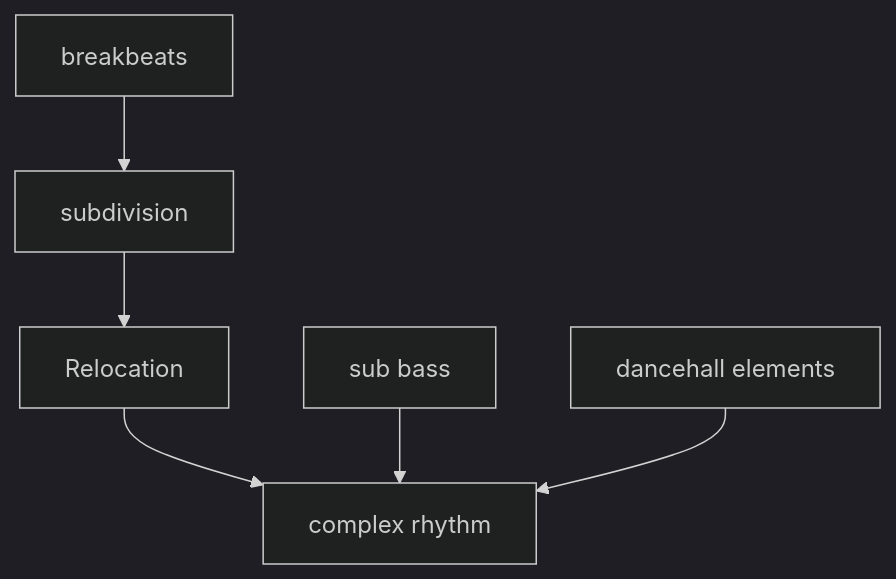
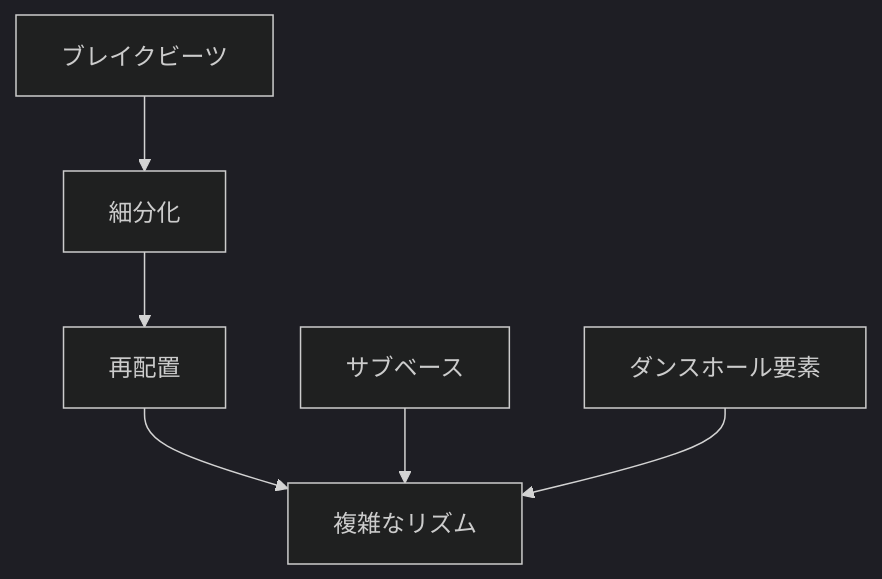
One commit to monumental-movement/monumental-movement.github.io changed the diagram in en/_posts/2026-04-03-column-london-jungle.md. Above: the diagram before and after it, drawn with Mermaid (dark theme). The commit also changed other lines of this file and 2196 other files, not shown here.

```diff
--- a/en/_posts/2026-04-03-column-london-jungle.md
+++ b/en/_posts/2026-04-03-column-london-jungle.md
@@ -68,8 +68,8 @@
 <div class="mermaid">
 graph TD
-A[breakbeats] --> B[subdivision]
-B --> C[Relocation]
-C --> D[complex rhythm]
-E[sub bass] --> D
-F[dancehall elements] --> D
+A[ブレイクビーツ] --> B[細分化]
+B --> C[再配置]
+C --> D[複雑なリズム]
+E[サブベース] --> D
+F[ダンスホール要素] --> D
 </div>
```
